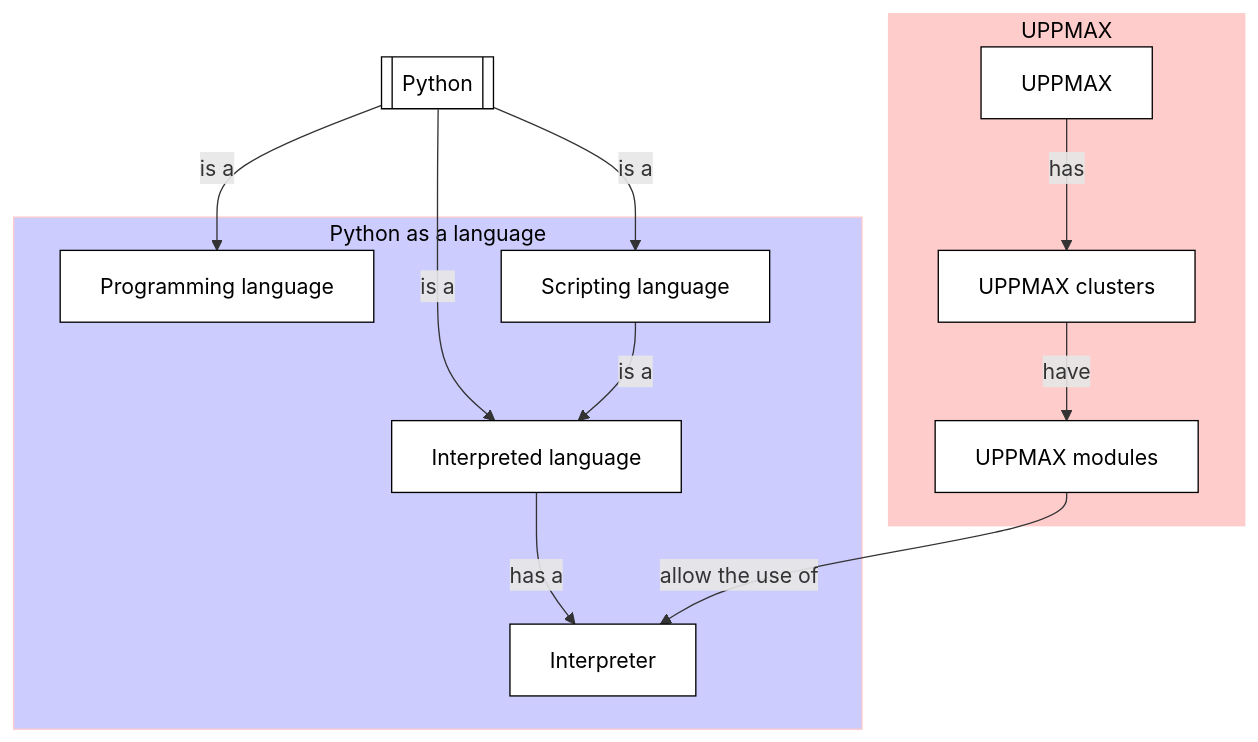
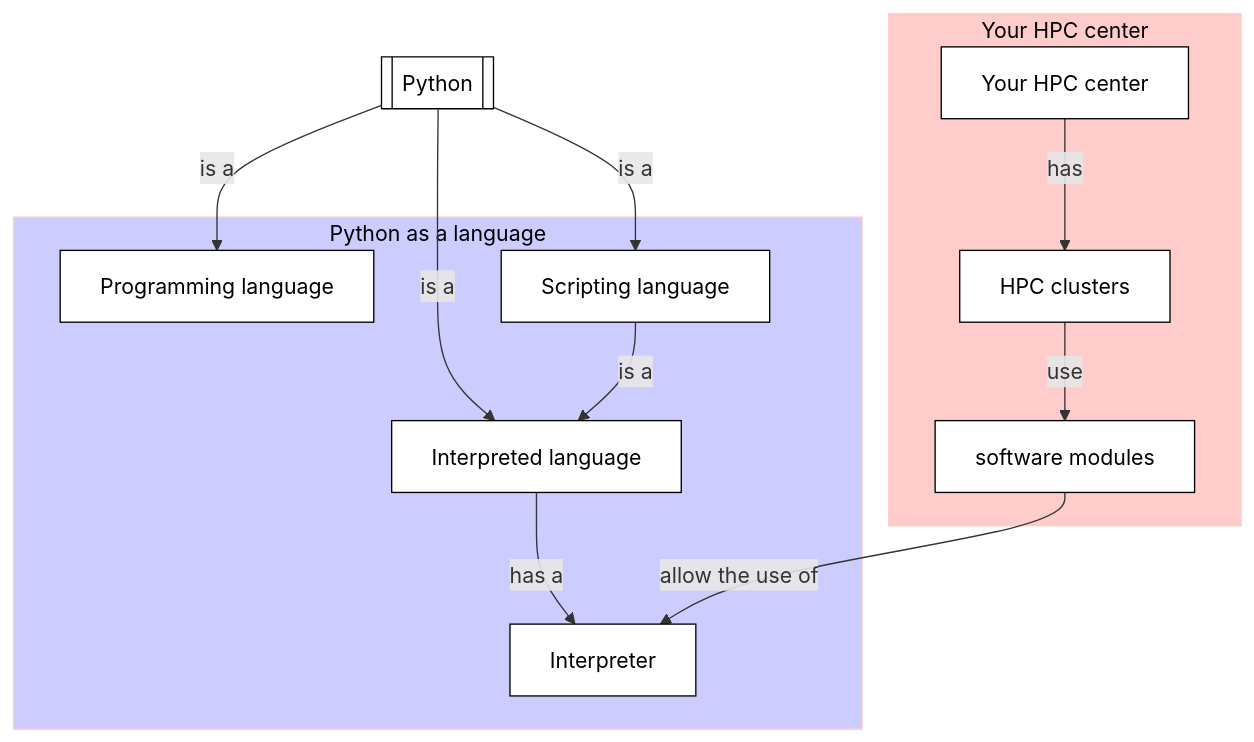
One commit to UPPMAX/uppmax_intro_python changed the diagram in docs/sessions/using_the_python_interpreter.md. Above: the diagram before and after it, drawn with Mermaid. The commit also changed other lines of this file, not shown here.

````diff
--- a/docs/sessions/using_the_python_interpreter.md
+++ b/docs/sessions/using_the_python_interpreter.md
@@ -61,54 +60,54 @@
 ```mermaid
 flowchart TD
     python[[Python]]
 
     %% Give a white background to all nodes, instead of a transparent one
     classDef node fill:#fff,color:#000,stroke:#000
 
     subgraph sub_programming_language[Python as a language]
       interpreted_language[Interpreted language]
       programming_language[Programming language]
       scripting_language[Scripting language]
       interpreter[Interpreter]
       %% scripts[Scripts]
       %% text_files[Text files]
     end
     style sub_programming_language fill:#ccf,color:#000,stroke:#fcc
 
 
-    subgraph sub_uppmax[UPPMAX]
-      uppmax[UPPMAX]
-      uppmax_modules[UPPMAX modules]
-      uppmax_clusters[UPPMAX clusters]
+    subgraph sub_uppmax[Your HPC center]
+      uppmax[Your HPC center]
+      uppmax_modules[software modules]
+      uppmax_clusters[HPC clusters]
       %% text_editors[Text editors]
       %%x_forwarding[X-forwarding]
       %%remote_desktop[Remote desktop]
     end
     style sub_uppmax fill:#fcc,color:#000,stroke:#fcc
 
     python --> |is a| programming_language
     python --> |is a| interpreted_language
     python --> |is a| scripting_language
 
     %% programming_language --> |uses| text_files
     interpreted_language --> |has a| interpreter
     scripting_language --> |is a|interpreted_language
     %% scripting_language --> |runs| scripts
     %% scripts --> |are| text_files
     %% scripts --> |can use| command_line_arguments
 
     uppmax --> |has| uppmax_clusters
-    uppmax_clusters --> |have| uppmax_modules
+    uppmax_clusters --> |use| uppmax_modules
     %%uppmax_clusters --> |have| text_editors
     %%uppmax_clusters --> |allow| x_forwarding
     %%uppmax_clusters --> |has| remote_desktop
     %% uppmax_modules --> |allow the use of| python_packages
     uppmax_modules --> |allow the use of| interpreter
 
     %% text_editors --> |work on|text_files
     %%x_forwarding --> |allows|graphics
     %%remote_desktop --> |allows|graphics
 
 
     %% variables ~~~ uppmax
 ```
````
